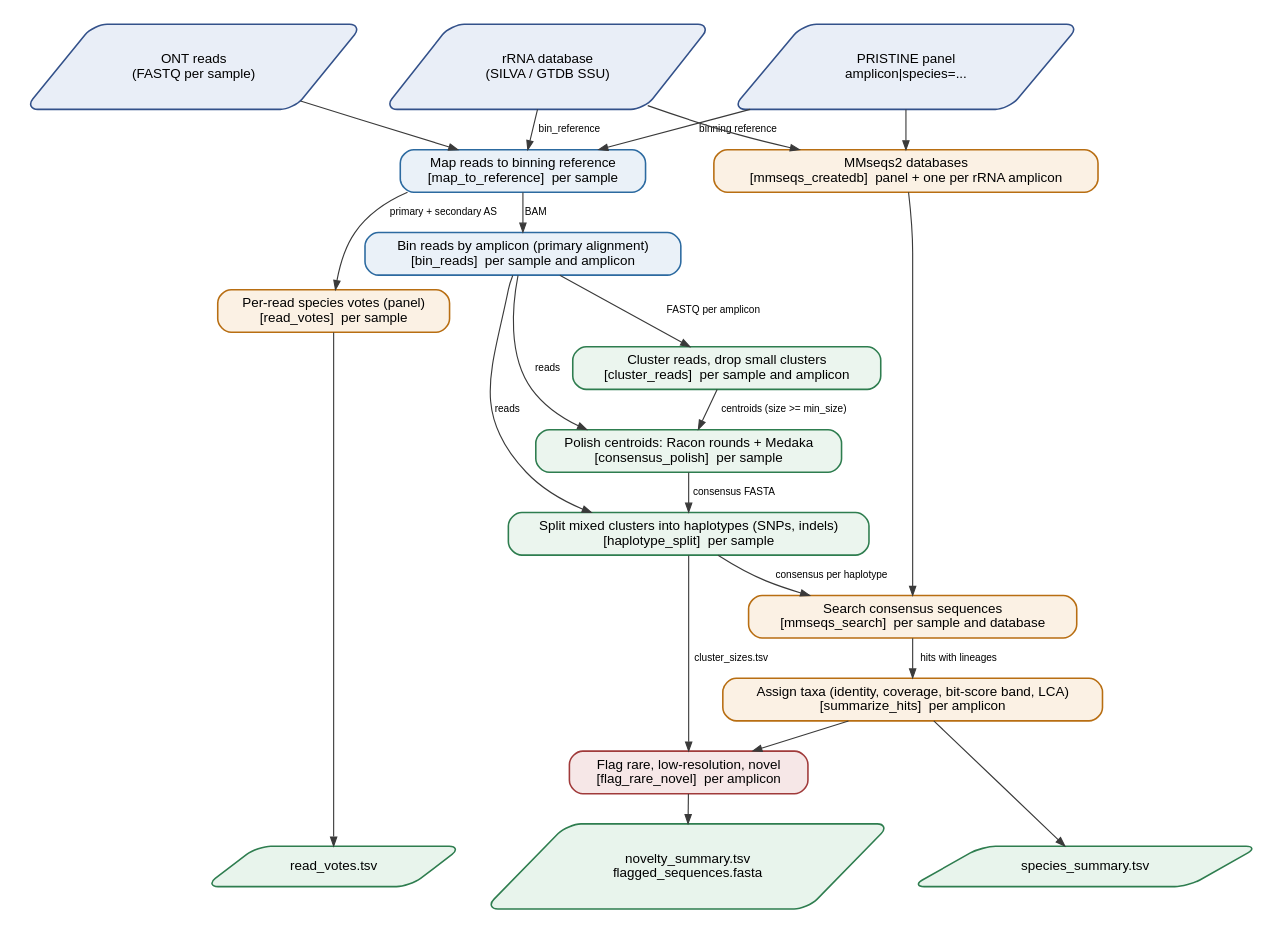
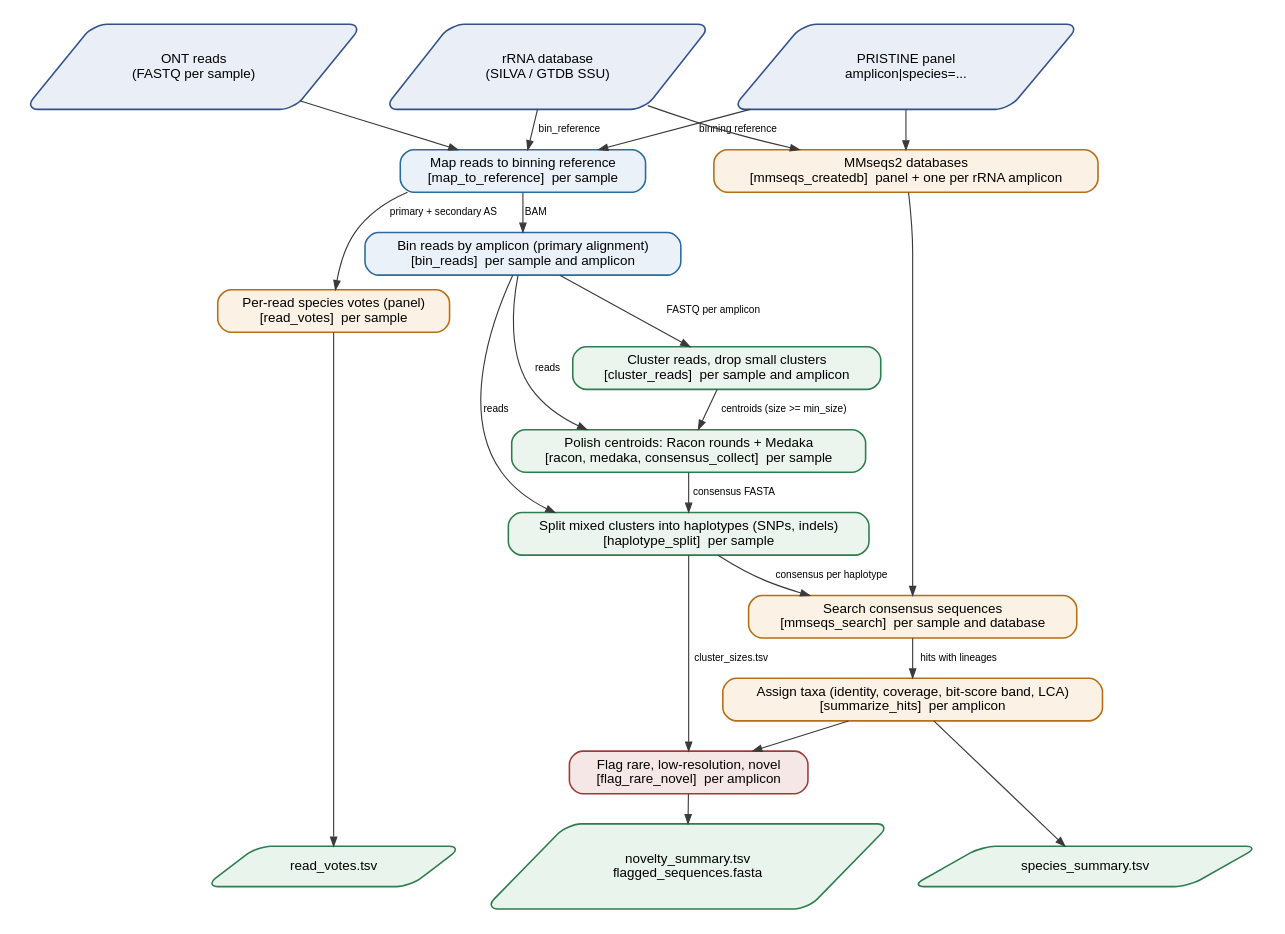
Before and after one commit to AI-Biome/PRISCREEN: the diagram in docs/priscreen_pipeline.dot, drawn with Graphviz. The commit also changed 23 other files, not shown here.

```diff
--- a/docs/priscreen_pipeline.dot
+++ b/docs/priscreen_pipeline.dot
@@ -1,52 +1,52 @@
 // PRISCREEN workflow (Graphviz). Render:  dot -Tpng docs/priscreen_pipeline.dot -o docs/priscreen_pipeline_dot.png
 // Keep in step with the rules in rules/*.smk and docs/make_pipeline_figure.py.
 digraph PRISCREEN {
     graph [rankdir=TB, splines=spline, nodesep=0.25, ranksep=0.35, fontname="Helvetica", bgcolor="white", pad=0.2]
     node  [fontname="Helvetica", fontsize=12, shape=box, style="rounded,filled", penwidth=1.4, margin="0.18,0.08"]
     edge  [fontname="Helvetica", fontsize=9, color="#3a3a3a", arrowsize=0.8]
 
     // inputs
     reads  [label="ONT reads\n(FASTQ per sample)", shape=parallelogram, fillcolor="#e9eef7", color="#33518a"]
     panel  [label="PRISTINE panel\namplicon|species=...", shape=parallelogram, fillcolor="#e9eef7", color="#33518a"]
     rrna   [label="rRNA database\n(SILVA / GTDB SSU)", shape=parallelogram, fillcolor="#e9eef7", color="#33518a"]
     { rank=same; reads; panel; rrna }
 
     // steps (rule names in brackets)
     map    [label="Map reads to binning reference\n[map_to_reference]  per sample", fillcolor="#eaf1f8", color="#2c6aa0"]
     bin    [label="Bin reads by amplicon (primary alignment)\n[bin_reads]  per sample and amplicon", fillcolor="#eaf1f8", color="#2c6aa0"]
     clust  [label="Cluster reads, drop small clusters\n[cluster_reads]  per sample and amplicon", fillcolor="#ebf5ee", color="#2e7d4f"]
-    polish [label="Polish centroids: Racon rounds + Medaka\n[consensus_polish]  per sample", fillcolor="#ebf5ee", color="#2e7d4f"]
+    polish [label="Polish centroids: Racon rounds + Medaka\n[racon, medaka, consensus_collect]  per sample", fillcolor="#ebf5ee", color="#2e7d4f"]
     hap    [label="Split mixed clusters into haplotypes (SNPs, indels)\n[haplotype_split]  per sample", fillcolor="#ebf5ee", color="#2e7d4f"]
     db     [label="MMseqs2 databases\n[mmseqs_createdb]  panel + one per rRNA amplicon", fillcolor="#fbf1e4", color="#b86e12"]
     search [label="Search consensus sequences\n[mmseqs_search]  per sample and database", fillcolor="#fbf1e4", color="#b86e12"]
     assign [label="Assign taxa (identity, coverage, bit-score band, LCA)\n[summarize_hits]  per amplicon", fillcolor="#fbf1e4", color="#b86e12"]
     votes  [label="Per-read species votes (panel)\n[read_votes]  per sample", fillcolor="#fbf1e4", color="#b86e12"]
     flag   [label="Flag rare, low-resolution, novel\n[flag_rare_novel]  per amplicon", fillcolor="#f6e7e7", color="#a03a3a"]
 
     // outputs
     o_species [label="species_summary.tsv", shape=parallelogram, fillcolor="#e8f4ec", color="#2e7d4f"]
     o_novel   [label="novelty_summary.tsv\nflagged_sequences.fasta", shape=parallelogram, fillcolor="#e8f4ec", color="#2e7d4f"]
     o_votes   [label="read_votes.tsv", shape=parallelogram, fillcolor="#e8f4ec", color="#2e7d4f"]
     { rank=same; o_species; o_novel; o_votes }
 
     reads -> map
     panel -> map  [label=" binning reference"]
     rrna  -> map  [label=" bin_reference"]
     panel -> db
     rrna  -> db
     map   -> bin    [label=" BAM"]
     map   -> votes  [label=" primary + secondary AS"]
     bin   -> clust  [label=" FASTQ per amplicon"]
     clust -> polish [label=" centroids (size >= min_size)"]
     bin   -> polish [label=" reads"]
     polish -> hap    [label=" consensus FASTA"]
     bin    -> hap    [label=" reads"]
     hap    -> search [label=" consensus per haplotype"]
     db    -> search
     search -> assign [label=" hits with lineages"]
     hap    -> flag  [label=" cluster_sizes.tsv"]
     assign -> flag
     assign -> o_species
     flag   -> o_novel
     votes  -> o_votes
 }
```
